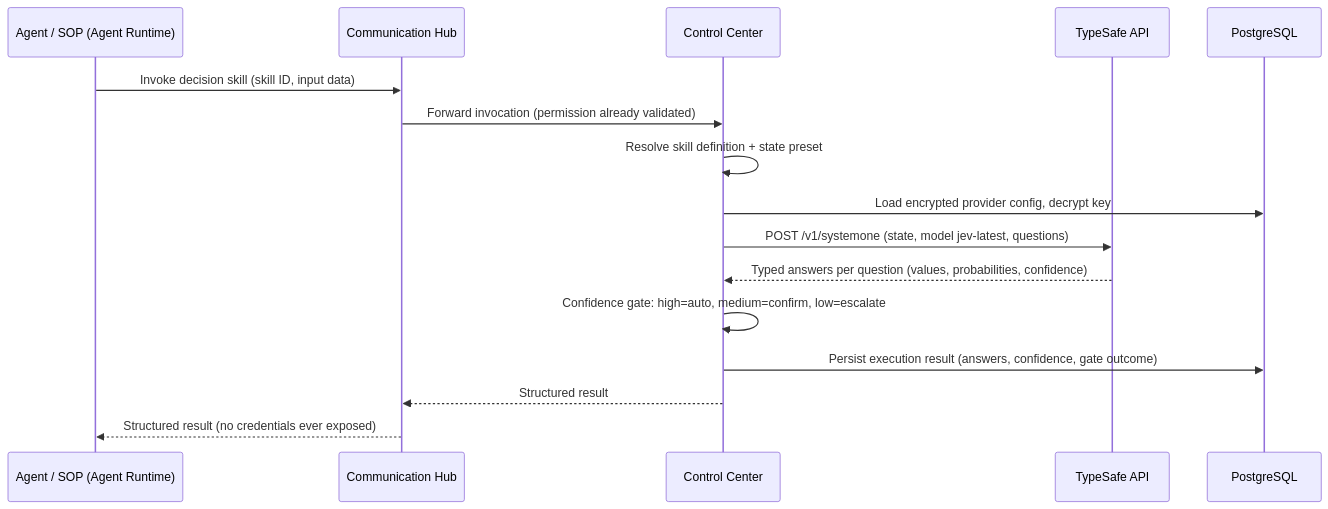
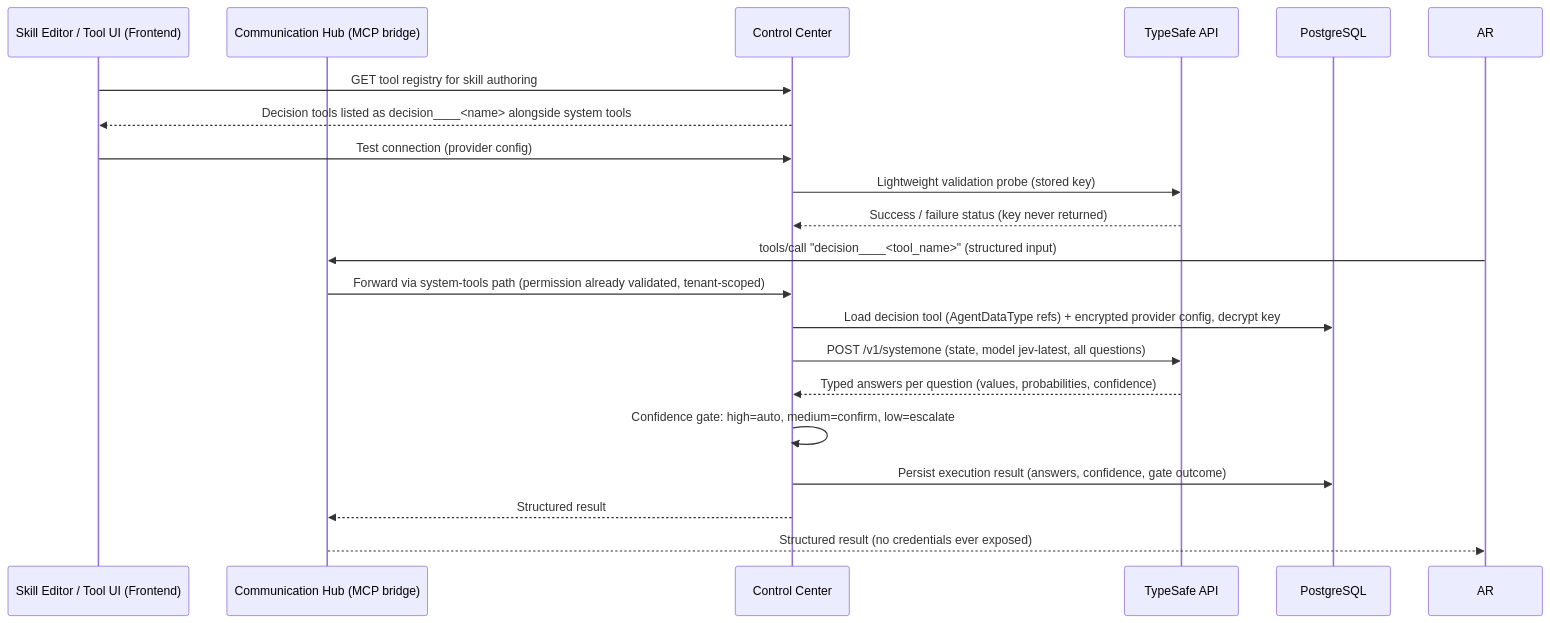
The second of 2 diagrams in docs/changes/system-one-decision-skills/architecture.md (hurungang/parthenon), drawn with Mermaid before and after one commit. The commit also changed other lines of this file and 177 other files, not shown here.

````diff
--- a/docs/changes/system-one-decision-skills/architecture.md
+++ b/docs/changes/system-one-decision-skills/architecture.md
@@ -64,19 +83,23 @@
 ```mermaid
 sequenceDiagram
-    participant AR as Agent / SOP (Agent Runtime)
-    participant CH as Communication Hub
+    participant FE as Skill Editor / Tool UI (Frontend)
+    participant CH as Communication Hub (MCP bridge)
     participant CC as Control Center
     participant TS as TypeSafe API
     participant DB as PostgreSQL
 
-    AR->>CH: Invoke decision skill (skill ID, input data)
-    CH->>CC: Forward invocation (permission already validated)
-    CC->>CC: Resolve skill definition + state preset
-    CC->>DB: Load encrypted provider config, decrypt key
-    CC->>TS: POST /v1/systemone (state, model jev-latest, questions)
+    FE->>CC: GET tool registry for skill authoring
+    CC-->>FE: Decision tools listed as decision____<name> alongside system tools
+    FE->>CC: Test connection (provider config)
+    CC->>TS: Lightweight validation probe (stored key)
+    TS-->>CC: Success / failure status (key never returned)
+    AR->>CH: tools/call "decision____<tool_name>" (structured input)
+    CH->>CC: Forward via system-tools path (permission already validated, tenant-scoped)
+    CC->>DB: Load decision tool (AgentDataType refs) + encrypted provider config, decrypt key
+    CC->>TS: POST /v1/systemone (state, model jev-latest, all questions)
     TS-->>CC: Typed answers per question (values, probabilities, confidence)
     CC->>CC: Confidence gate: high=auto, medium=confirm, low=escalate
     CC->>DB: Persist execution result (answers, confidence, gate outcome)
     CC-->>CH: Structured result
     CH-->>AR: Structured result (no credentials ever exposed)
 ```
````
